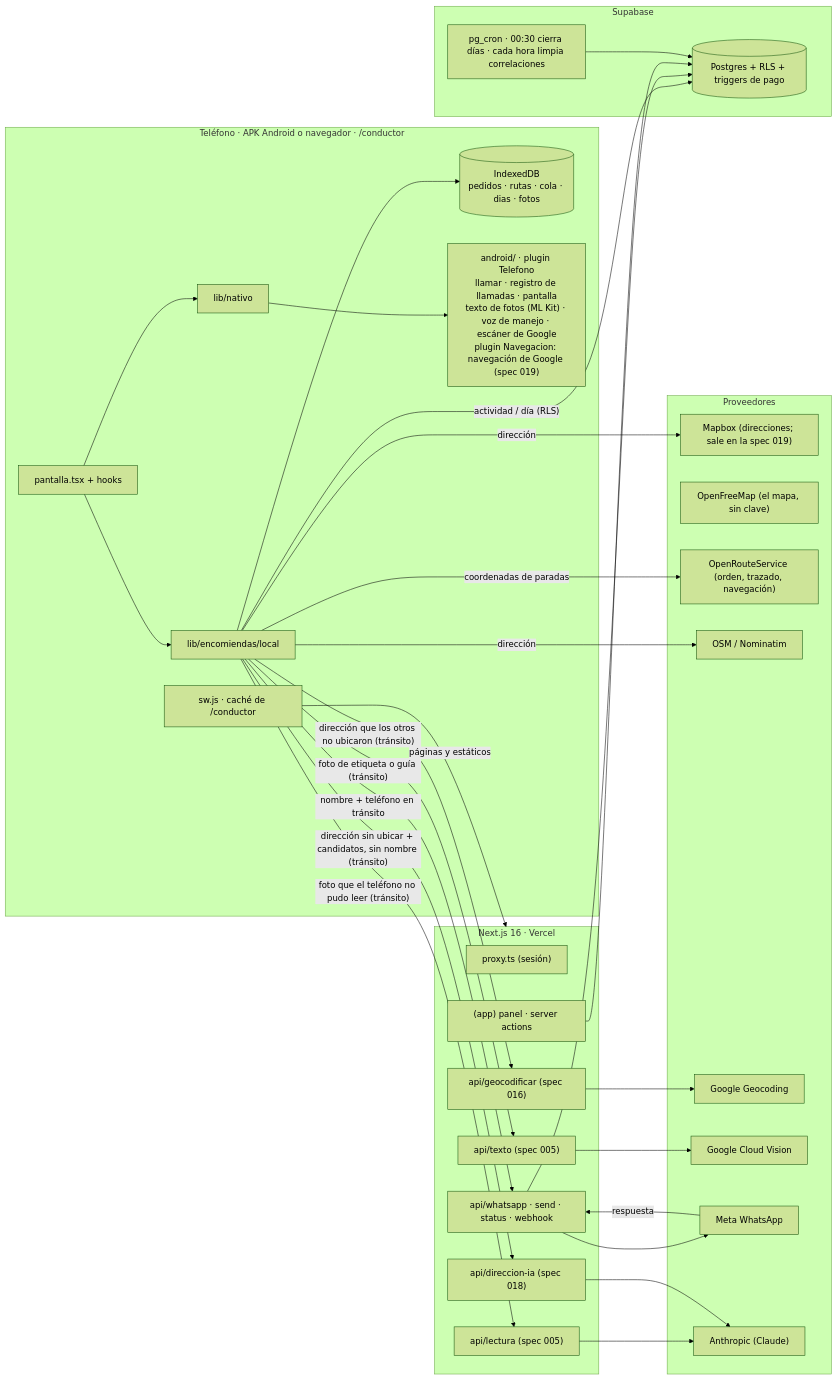
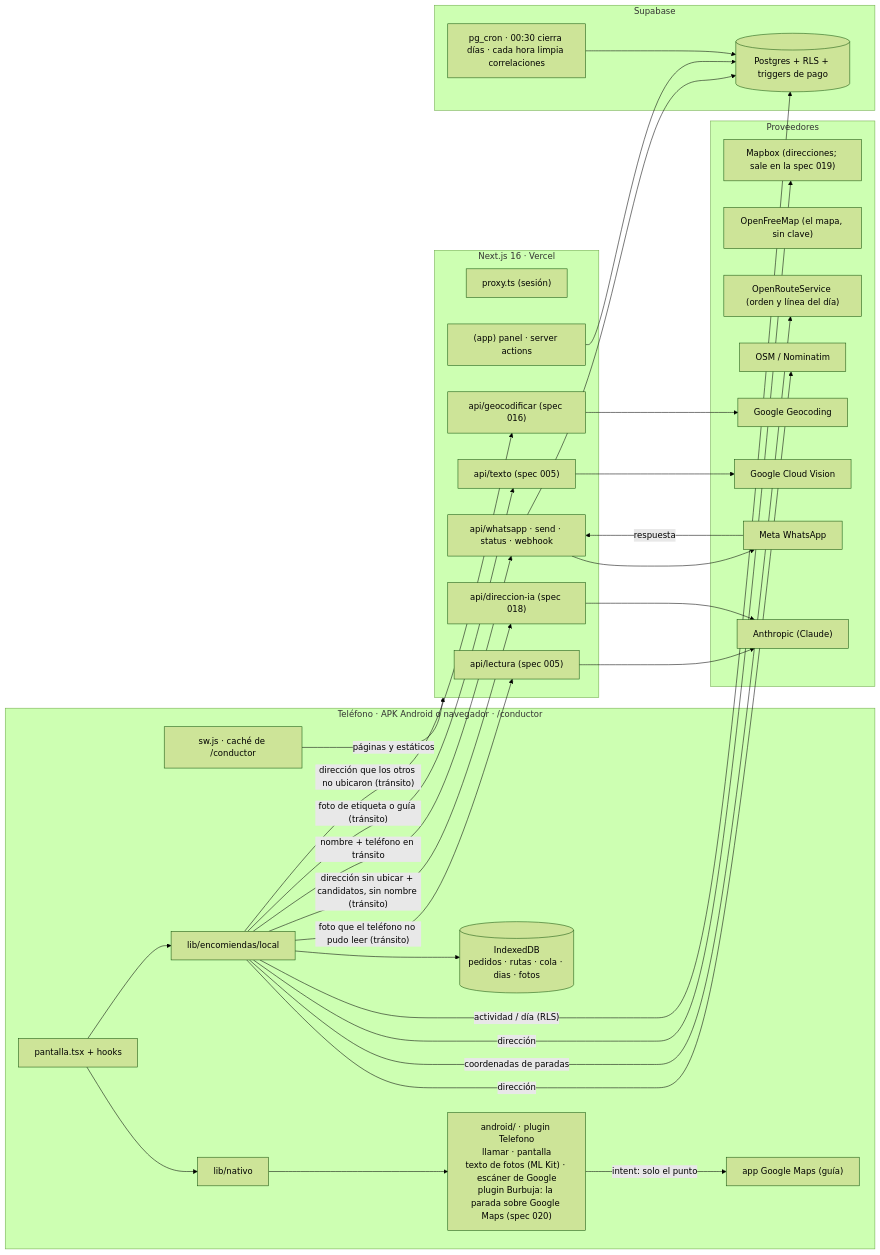
The first of 4 diagrams in docs/ARQUITECTURA.md (etianypr/ProyectoAres), drawn with Mermaid (forest theme) before and after one commit. The commit also changed other lines of this file and 54 other files, not shown here.

````diff
--- a/docs/ARQUITECTURA.md
+++ b/docs/ARQUITECTURA.md
@@ -8,44 +8,45 @@
 ```mermaid
 flowchart LR
   subgraph TEL["Teléfono · APK Android o navegador · /conductor"]
     UI["pantalla.tsx + hooks"] --> LOCAL["lib/encomiendas/local"] --> IDB[("IndexedDB<br/>pedidos · rutas · cola · dias · fotos")]
-    UI --> NAT["lib/nativo"] --> PLUG["android/ · plugin Telefono<br/>llamar · registro de llamadas · pantalla<br/>texto de fotos (ML Kit) · voz de manejo · escáner de Google<br/>plugin Navegacion: navegación de Google (spec 019)"]
+    UI --> NAT["lib/nativo"] --> PLUG["android/ · plugin Telefono<br/>llamar · pantalla<br/>texto de fotos (ML Kit) · escáner de Google<br/>plugin Burbuja: la parada sobre Google Maps (spec 020)"]
+    PLUG -- "intent: solo el punto" --> GMAPS["app Google Maps (guía)"]
     SW["sw.js · caché de /conductor"]
   end
   subgraph EXT["Proveedores"]
     MAPBOX["Mapbox (direcciones; sale en la spec 019)"]
     OFM["OpenFreeMap (el mapa, sin clave)"]
-    ORS["OpenRouteService (orden, trazado, navegación)"]
+    ORS["OpenRouteService (orden y línea del día)"]
     OSM["OSM / Nominatim"]
     GOOGLE["Google Geocoding"]
     VISION["Google Cloud Vision"]
     META["Meta WhatsApp"]
     CLAUDE["Anthropic (Claude)"]
   end
   subgraph NEXT["Next.js 16 · Vercel"]
     PROXY["proxy.ts (sesión)"]
     PANEL["(app) panel · server actions"]
     API["api/whatsapp · send · status · webhook"]
     LECT["api/lectura (spec 005)"]
     GEO["api/geocodificar (spec 016)"]
     TXT["api/texto (spec 005)"]
     DIA["api/direccion-ia (spec 018)"]
   end
   subgraph SB["Supabase"]
     PG[("Postgres + RLS + triggers de pago")]
     CRON["pg_cron · 00:30 cierra días · cada hora limpia correlaciones"]
   end
   LOCAL -- "dirección" --> MAPBOX
   LOCAL -- "coordenadas de paradas" --> ORS
   LOCAL -- "dirección" --> OSM
   LOCAL -- "dirección que los otros no ubicaron (tránsito)" --> GEO --> GOOGLE
   LOCAL -- "foto de etiqueta o guía (tránsito)" --> TXT --> VISION
   LOCAL -- "actividad / día (RLS)" --> PG
   LOCAL -- "nombre + teléfono en tránsito" --> API --> META
   META -- "respuesta" --> API --> PG
   LOCAL -- "foto que el teléfono no pudo leer (tránsito)" --> LECT --> CLAUDE
   LOCAL -- "dirección sin ubicar + candidatos, sin nombre (tránsito)" --> DIA --> CLAUDE
   PANEL --> PG
   CRON --> PG
   SW -- "páginas y estáticos" --> NEXT
 ```
````
